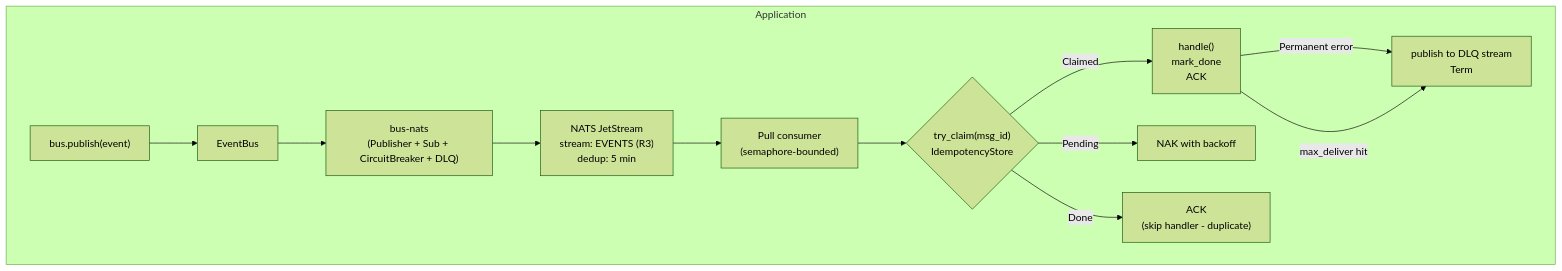
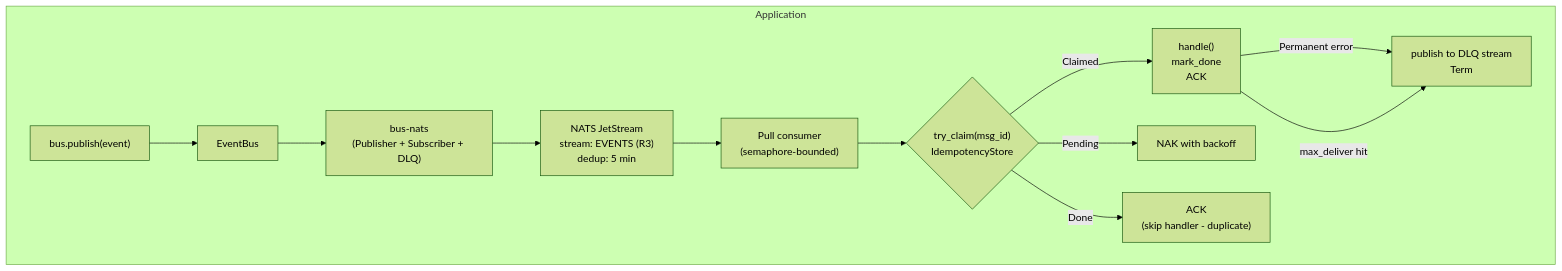
One commit to scriptkid23/eventbus-rs changed the diagram in README.md. Above: the diagram before and after it, drawn with Mermaid (forest theme). The commit also changed other lines of this file and 24 other files, not shown here.

First line of the commit message:
feat(bus-nats): v0.1.1 production readiness (KV config, Redis inbox, DLQ auto-create, connect options)

````diff
--- a/README.md
+++ b/README.md
@@ -356,26 +392,26 @@
 ```mermaid
 flowchart TD
     subgraph application["Application"]
         publish["bus.publish(event)"]
         event_bus["EventBus"]
-        bus_nats["bus-nats<br/>(Publisher + Sub + CircuitBreaker + DLQ)"]
+        bus_nats["bus-nats<br/>(Publisher + Subscriber + DLQ)"]
         jetstream["NATS JetStream<br/>stream: EVENTS (R3)<br/>dedup: 5 min"]
         pull_consumer["Pull consumer<br/>(semaphore-bounded)"]
         idempotency{"try_claim(msg_id)<br/>IdempotencyStore"}
         handler["handle()<br/>mark_done<br/>ACK"]
         retry["NAK with backoff"]
         duplicate["ACK<br/>(skip handler - duplicate)"]
         dlq["publish to DLQ stream<br/>Term"]
 
         publish --> event_bus
         event_bus --> bus_nats
         bus_nats --> jetstream
         jetstream --> pull_consumer
         pull_consumer --> idempotency
         idempotency -->|"Claimed"| handler
         idempotency -->|"Pending"| retry
         idempotency -->|"Done"| duplicate
         handler -->|"Permanent error"| dlq
         handler -->|"max_deliver hit"| dlq
     end
 ```
````
